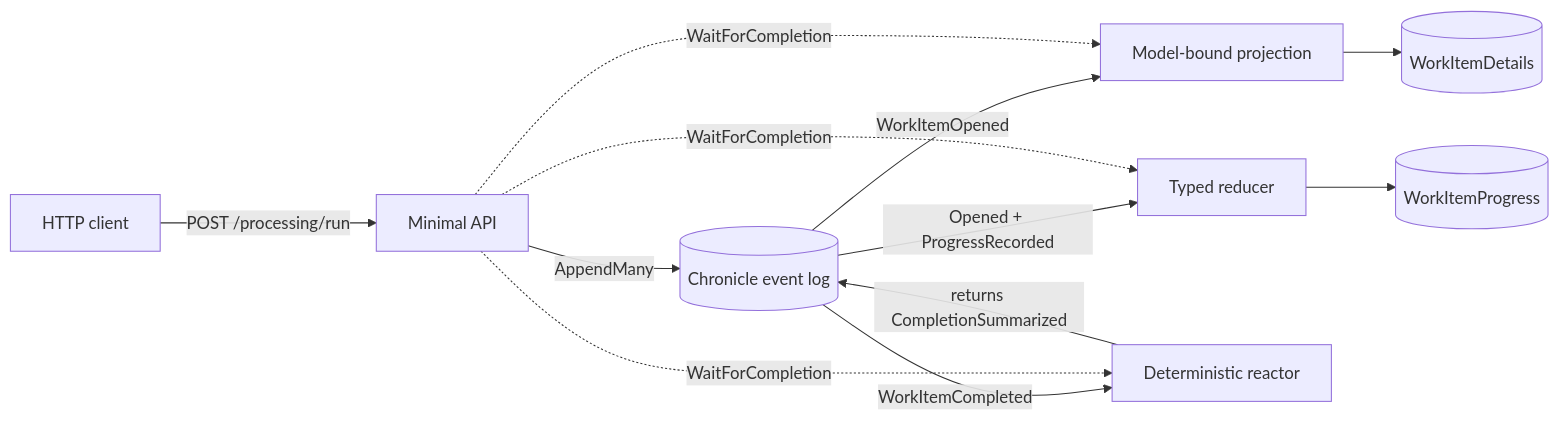
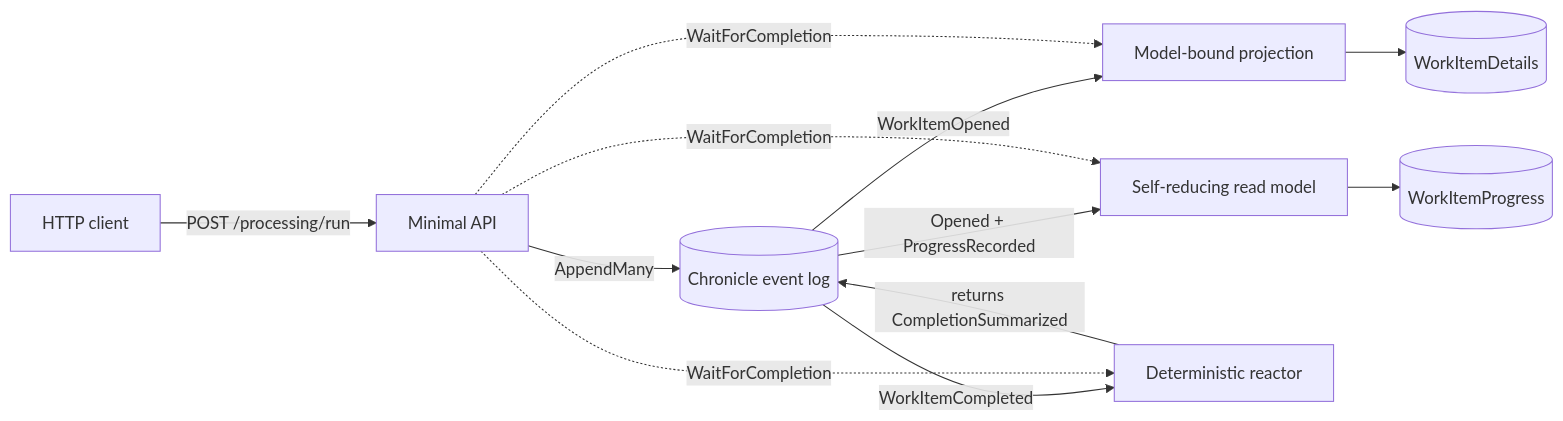
The diagram in Chronicle/Processing/README.md (Cratis/Samples), drawn with Mermaid before and after one commit. The commit also changed other lines of this file and 15 other files, not shown here.

Commit message:
Show reducers as self-reducing read models in the samples

````diff
--- a/Chronicle/Processing/README.md
+++ b/Chronicle/Processing/README.md
@@ -17,18 +17,18 @@
 ```mermaid
 flowchart LR
     Client[HTTP client] -->|POST /processing/run| API[Minimal API]
     API -->|AppendMany| Log[(Chronicle event log)]
 
     Log -->|WorkItemOpened| Projection[Model-bound projection]
     Projection --> Details[(WorkItemDetails)]
 
-    Log -->|Opened + ProgressRecorded| Reducer[Typed reducer]
+    Log -->|Opened + ProgressRecorded| Reducer[Self-reducing read model]
     Reducer --> Progress[(WorkItemProgress)]
 
     Log -->|WorkItemCompleted| Reactor[Deterministic reactor]
     Reactor -->|returns CompletionSummarized| Log
 
     API -. WaitForCompletion .-> Projection
     API -. WaitForCompletion .-> Reducer
     API -. WaitForCompletion .-> Reactor
 ```
````
